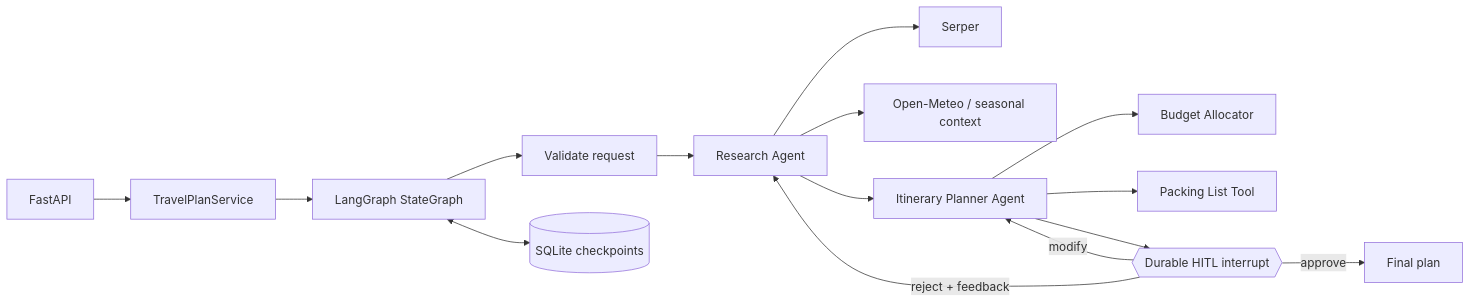
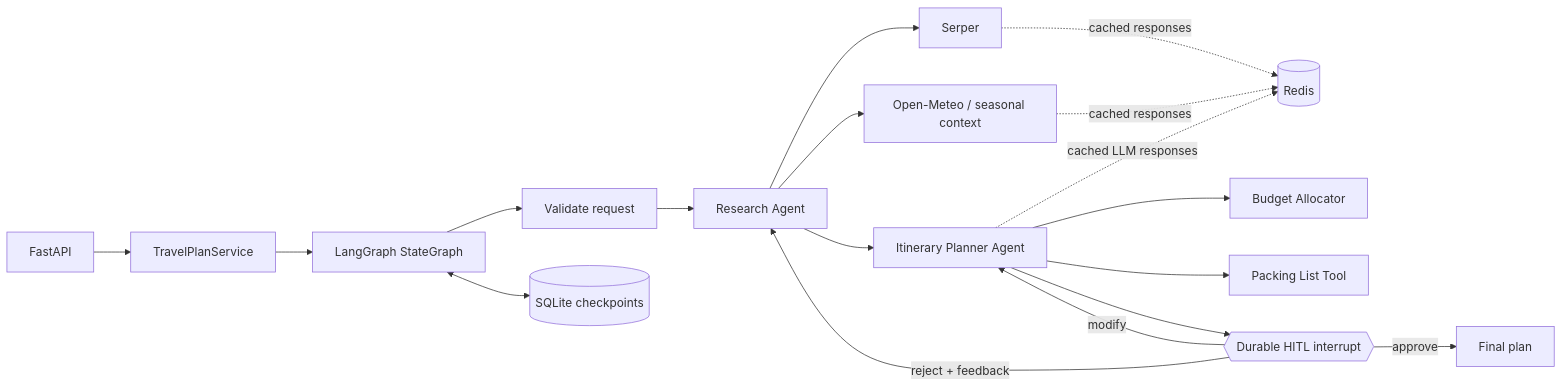
Before and after one commit to Deltan2002/TravelPlannerAgent: the diagram in README.md, drawn with Mermaid. The commit also changed other lines of this file and 13 other files, not shown here.

````diff
--- a/README.md
+++ b/README.md
@@ -14,17 +14,20 @@
 ```mermaid
 flowchart LR
     API[FastAPI] --> SVC[TravelPlanService]
     SVC --> GRAPH[LangGraph StateGraph]
     GRAPH --> VALIDATE[Validate request]
     VALIDATE --> RESEARCH[Research Agent]
     RESEARCH --> WS[Serper]
     RESEARCH --> WEATHER[Open-Meteo / seasonal context]
+    WS -. cached responses .-> REDIS[(Redis)]
+    WEATHER -. cached responses .-> REDIS
     RESEARCH --> PLANNER[Itinerary Planner Agent]
+    PLANNER -. cached LLM responses .-> REDIS
     PLANNER --> BUDGET[Budget Allocator]
     PLANNER --> PACKING[Packing List Tool]
     PLANNER --> REVIEW{{Durable HITL interrupt}}
     REVIEW -->|approve| FINAL[Final plan]
     REVIEW -->|reject + feedback| RESEARCH
     REVIEW -->|modify| PLANNER
     GRAPH <--> SQLITE[(SQLite checkpoints)]
 ```
````
